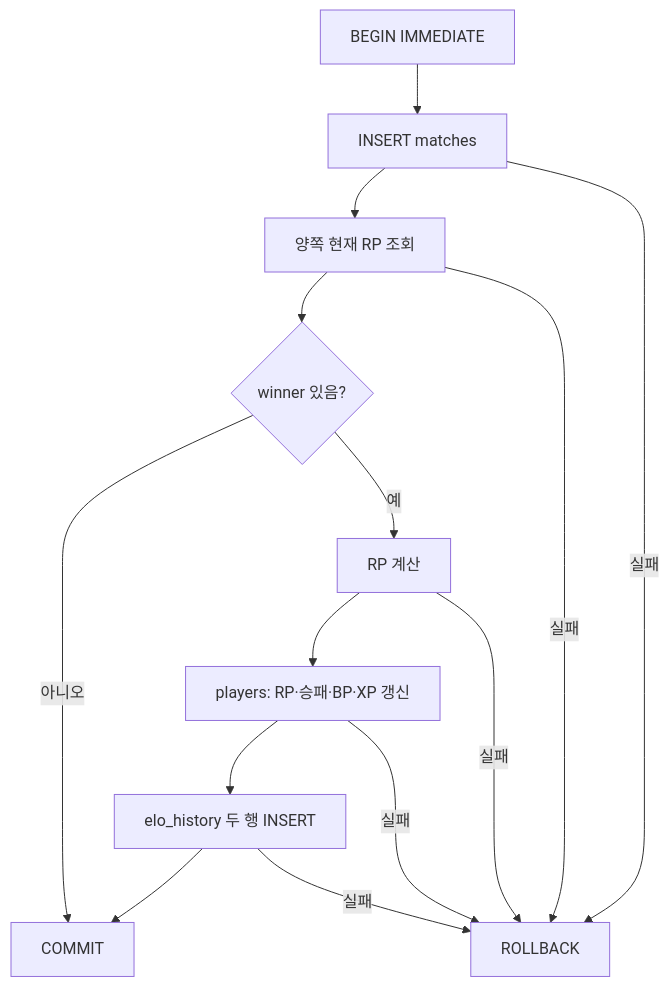
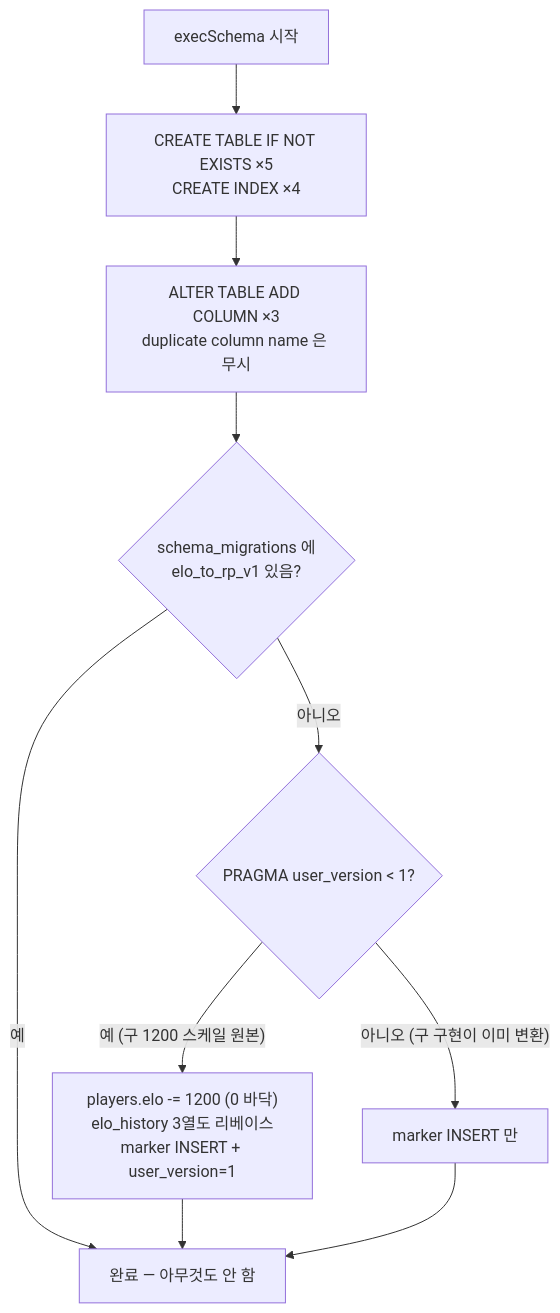
One commit to Rein-ArXiv/Tetris-Multiplayer-RL changed the second of 6 diagrams in docs/blog/part10-meta-and-ranking.md. Above: the diagram before and after it, drawn with Mermaid. The commit also changed other lines of this file and 41 other files, not shown here.

````diff
--- a/docs/blog/part10-meta-and-ranking.md
+++ b/docs/blog/part10-meta-and-ranking.md
@@ -221,12 +474,12 @@
 ```mermaid
 flowchart TD
-    A[BEGIN IMMEDIATE] --> B[INSERT matches]
-    B --> C[양쪽 현재 RP 조회]
-    C --> D{winner 있음?}
-    D -- 아니오 --> H[COMMIT]
-    D -- 예 --> E[RP 계산]
-    E --> F[players: RP·승패·BP·XP 갱신]
-    F --> G[elo_history 두 행 INSERT]
-    G --> H
-    B & C & E & F & G -- 실패 --> R[ROLLBACK]
+    A[execSchema 시작] --> B["CREATE TABLE IF NOT EXISTS ×5<br/>CREATE INDEX ×4"]
+    B --> C["ALTER TABLE ADD COLUMN ×3<br/>duplicate column name 은 무시"]
+    C --> D{"schema_migrations 에<br/>elo_to_rp_v1 있음?"}
+    D -- 예 --> Z[완료 — 아무것도 안 함]
+    D -- 아니오 --> E{"PRAGMA user_version < 1?"}
+    E -- "예 (구 1200 스케일 원본)" --> F["players.elo -= 1200 (0 바닥)<br/>elo_history 3열도 리베이스<br/>marker INSERT + user_version=1"]
+    E -- "아니오 (구 구현이 이미 변환)" --> G["marker INSERT 만"]
+    F --> Z
+    G --> Z
 ```
````
